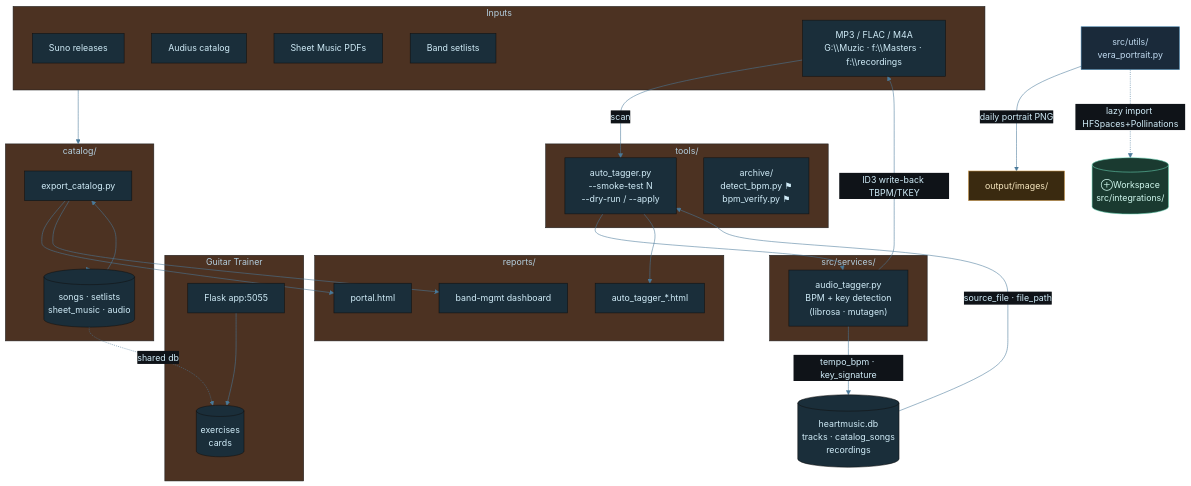
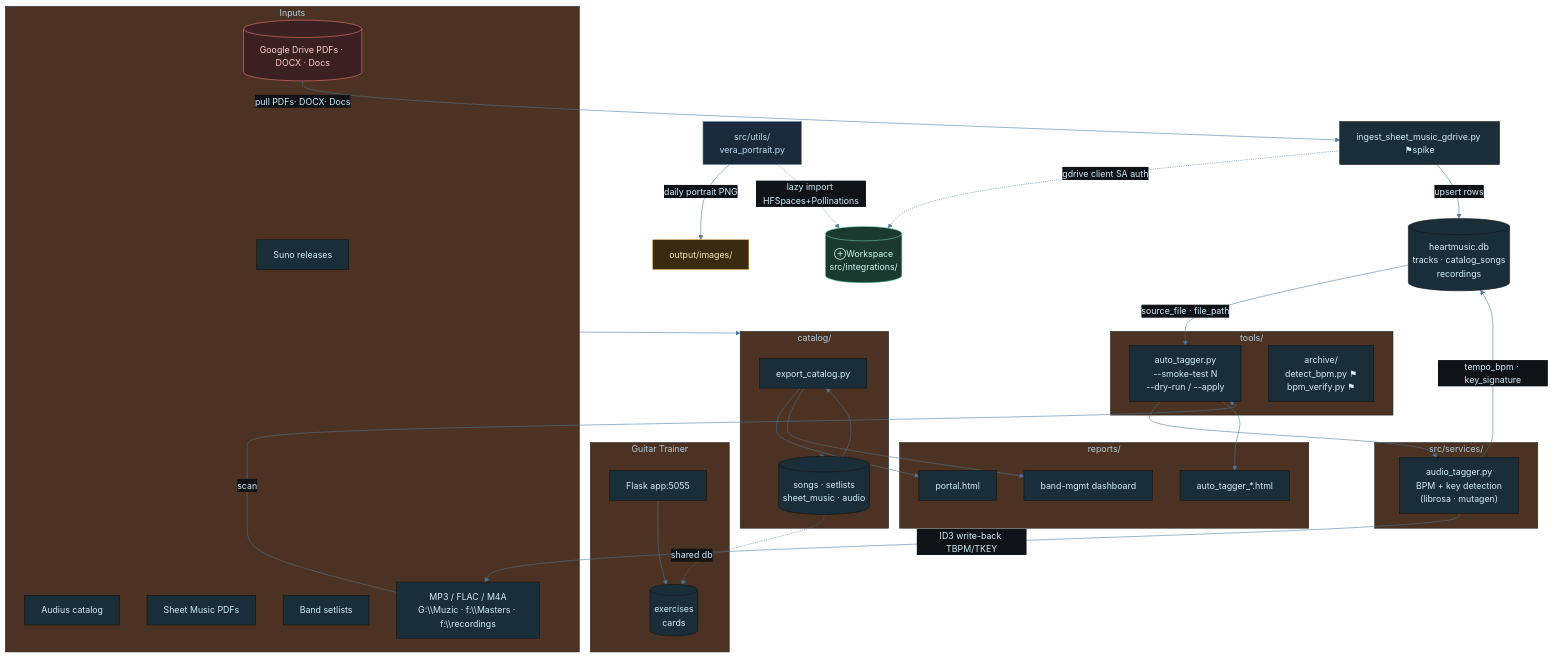
Before and after one commit to tylerdrakemusic/-Workspace: the diagram in diagrams/music-architecture.mmd, drawn with Mermaid. The commit also changed 4 other files, not shown here.

Commit message:
docs(FR-20260530-gdrive-integration): update 5 stale architecture diagrams (gdrive integration)

```diff
--- a/diagrams/music-architecture.mmd
+++ b/diagrams/music-architecture.mmd
@@ -1,67 +1,74 @@
 %%{init: {'theme': 'base', 'themeVariables': {'primaryColor': '#1a2e3a', 'primaryTextColor': '#d0ecf8', 'edgeLabelBackground': '#0f1318', 'lineColor': '#4a7a9a'}}}%%
 graph TB
     subgraph Inputs
         Suno[Suno releases]
         Audius[Audius catalog]
         SheetMusic[Sheet Music PDFs]
+        GDriveSheetMusic[(Google Drive PDFs · DOCX · Docs)]
         Setlists[Band setlists]
         AudioFiles["MP3 / FLAC / M4A<br/>G:\\Muzic · f:\\Masters · f:\\recordings"]
     end
     subgraph Catalog["catalog/"]
         Export[export_catalog.py]
         Songs[(songs · setlists<br/>sheet_music · audio)]
     end
     subgraph Services["src/services/"]
         AudioTagger["audio_tagger.py\nBPM + key detection\n(librosa · mutagen)"]
     end
     subgraph Tools["tools/"]
         AutoTagger["auto_tagger.py\n--smoke-test N\n--dry-run / --apply"]
         ArchiveNote["archive/\ndetect_bpm.py ⚑\nbpm_verify.py ⚑"]
     end
     subgraph Trainer["Guitar Trainer"]
         TrainerApp[Flask app:5055]
         TrainerDB[(exercises<br/>cards)]
     end
     subgraph Reports["reports/"]
         Portal[portal.html]
         Dash[band-mgmt dashboard]
         TaggerReport[auto_tagger_*.html]
     end
     DB[(heartmusic.db<br/>tracks · catalog_songs<br/>recordings)]
     Inputs --> Catalog
     Catalog --> Songs
     Songs --> Export
     Export --> Portal
     Export --> Dash
     TrainerApp --> TrainerDB
     Songs -.shared db.-> TrainerDB
     AudioFiles -->|scan| AutoTagger
     DB -->|source_file · file_path| AutoTagger
     AutoTagger --> AudioTagger
     AudioTagger -->|tempo_bpm · key_signature| DB
     AudioTagger -->|ID3 write-back TBPM/TKEY| AudioFiles
     AutoTagger --> TaggerReport
     ImagesOut[output/images/]
     WSIntegrations[(⊕Workspace<br/>src/integrations/)]
     VeraPortrait[src/utils/<br/>vera_portrait.py]
     VeraPortrait -->|daily portrait PNG| ImagesOut
     VeraPortrait -.->|lazy import HFSpaces+Pollinations| WSIntegrations
+    IngestScript["ingest_sheet_music_gdrive.py ⚑spike"]
+    GDriveSheetMusic -->|pull PDFs· DOCX· Docs| IngestScript
+    IngestScript -.->|gdrive client SA auth| WSIntegrations
+    IngestScript -->|upsert rows| DB
     class Inputs,Reports io
     class Catalog,Trainer core
     class Services,Tools svc
     class VeraPortrait util
     class ImagesOut out
     class WSIntegrations ws
     class ArchiveNote deprecated
+    class GDriveSheetMusic ext
+    class IngestScript svc
 
 classDef life     fill:#1a2e3a,stroke:#6ab4d4,color:#d0ecf8
 classDef music    fill:#3a1a24,stroke:#d47a8f,color:#f8d0dc
 classDef quantum  fill:#251a3a,stroke:#a07adf,color:#e8d0f8
 classDef manifest fill:#3a2e1a,stroke:#d4a96a,color:#f8ead0
 classDef ws       fill:#1a3a30,stroke:#6ad4b4,color:#d0f8ee
 classDef tyler    fill:#2a1a3a,stroke:#9e4aff,color:#fff
 classDef ext      fill:#3a2020,stroke:#ff7a7a,color:#ffd0d0
 classDef db       fill:#3a3010,stroke:#d4c050,color:#f8f0c0
 classDef state    fill:#1a1a1a,stroke:#888888,color:#cccccc
 classDef util     fill:#1a2a3a,stroke:#4a8ab4,color:#c0daf0
 classDef out      fill:#3a2a10,stroke:#d4a050,color:#f8e8c0
```
